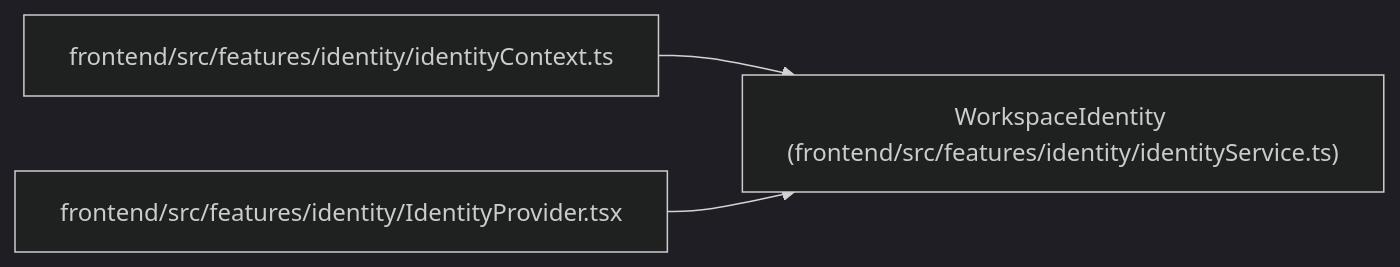
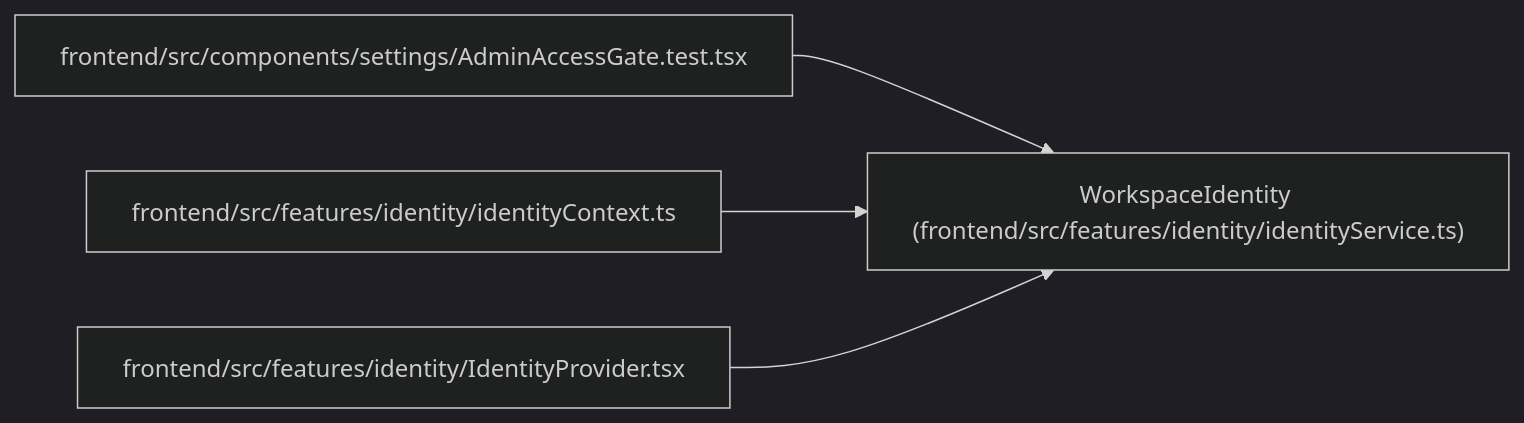
The diagram in docs/llm_wiki/entities/WorkspaceIdentity.md (Denissvgn/WorkChord), drawn with Mermaid (dark theme) before and after one commit. The commit also changed other lines of this file and 524 other files, not shown here.

````diff
--- a/docs/llm_wiki/entities/WorkspaceIdentity.md
+++ b/docs/llm_wiki/entities/WorkspaceIdentity.md
@@ -33,11 +33,14 @@
 ```mermaid
 flowchart LR
     n0["WorkspaceIdentity (frontend/src/features/identity/identityService.ts)"]
-    n1["frontend/src/features/identity/identityContext.ts"]
-    n2["frontend/src/features/identity/IdentityProvider.tsx"]
+    n1["frontend/src/components/settings/AdminAccessGate.test.tsx"]
+    n2["frontend/src/features/identity/identityContext.ts"]
+    n3["frontend/src/features/identity/IdentityProvider.tsx"]
     n1 --> n0
     n2 --> n0
+    n3 --> n0
     click n0 "../modules/identityService.md"
-    click n1 "../modules/identityContext.md"
-    click n2 "../modules/IdentityProvider.md"
+    click n1 "../modules/AdminAccessGate.test.md"
+    click n2 "../modules/identityContext.md"
+    click n3 "../modules/IdentityProvider.md"
 ```
````
